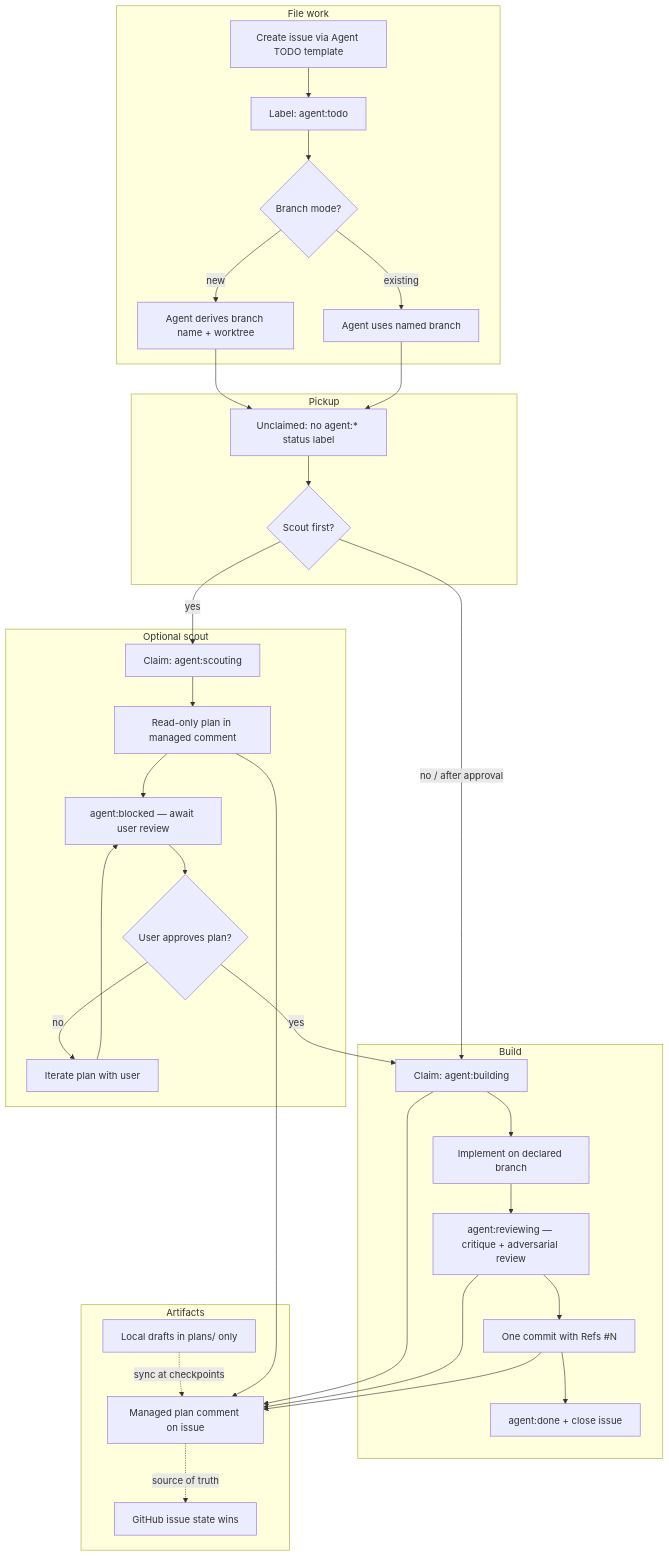
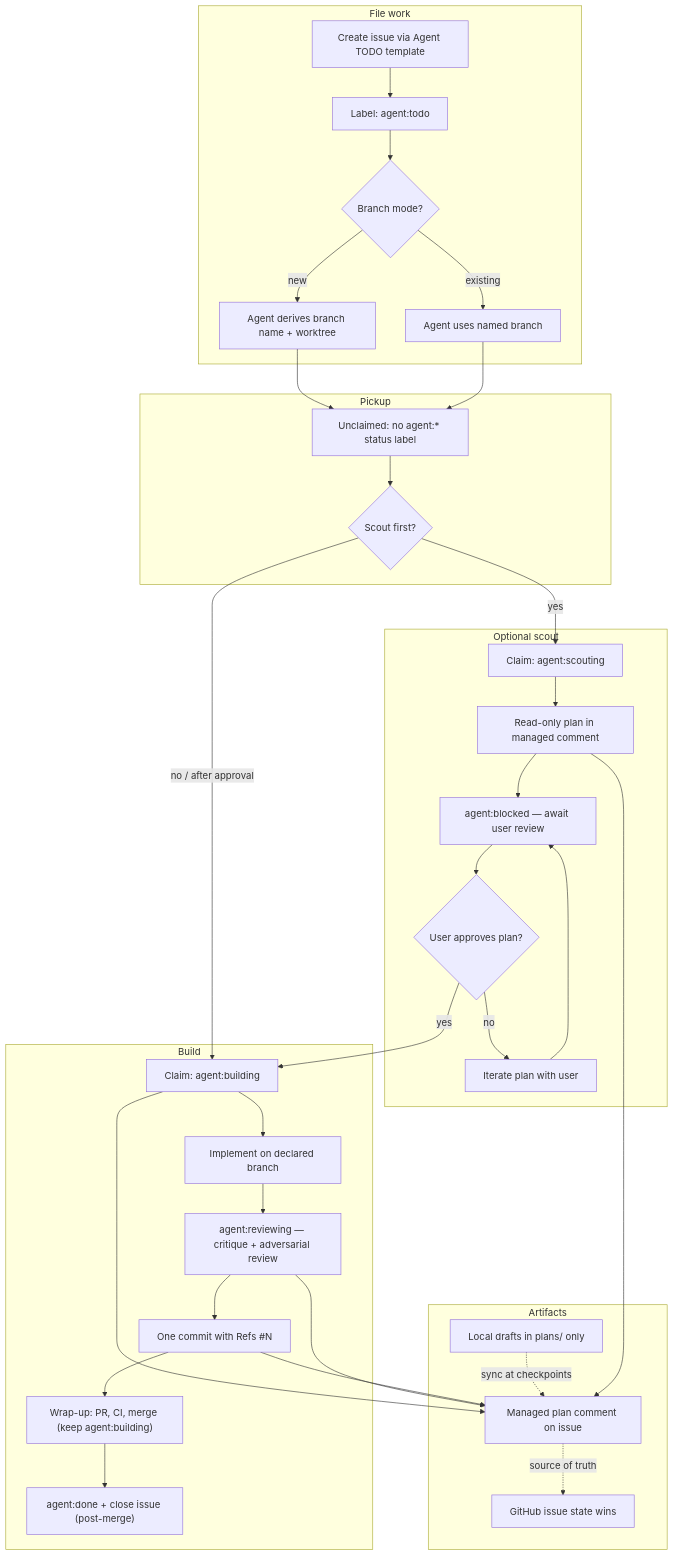
One commit to Entalpic/siesta changed the first of 3 diagrams in CONTRIBUTING.md. Above: the diagram before and after it, drawn with Mermaid. The commit also changed other lines of this file and 3 other files, not shown here.

First line of the commit message:
docs(workflow): enforce post-merge issue finalization

````diff
--- a/CONTRIBUTING.md
+++ b/CONTRIBUTING.md
@@ -21,45 +21,46 @@
 ```mermaid
 flowchart TD
     subgraph file["File work"]
         A[Create issue via Agent TODO template] --> B["Label: agent:todo"]
         B --> C{Branch mode?}
         C -->|new| D[Agent derives branch name + worktree]
         C -->|existing| E[Agent uses named branch]
     end
 
     subgraph pickup["Pickup"]
         D --> F[Unclaimed: no agent:* status label]
         E --> F
         F --> G{Scout first?}
     end
 
     subgraph scout["Optional scout"]
         G -->|yes| H["Claim: agent:scouting"]
         H --> I[Read-only plan in managed comment]
         I --> J["agent:blocked — await user review"]
         J --> K{User approves plan?}
         K -->|no| L[Iterate plan with user]
         L --> J
     end
 
     subgraph build["Build"]
         G -->|no / after approval| M["Claim: agent:building"]
         K -->|yes| M
         M --> N[Implement on declared branch]
         N --> O["agent:reviewing — critique + adversarial review"]
         O --> P[One commit with Refs #N]
-        P --> Q["agent:done + close issue"]
+        P --> W["Wrap-up: PR, CI, merge (keep agent:building)"]
+        W --> X["agent:done + close issue (post-merge)"]
     end
 
     subgraph artifacts["Artifacts"]
         R[Managed plan comment on issue]
         S[Local drafts in plans/ only]
         R -.->|source of truth| T[GitHub issue state wins]
         S -.->|sync at checkpoints| R
     end
 
     I --> R
     M --> R
     O --> R
     P --> R
 ```
````
